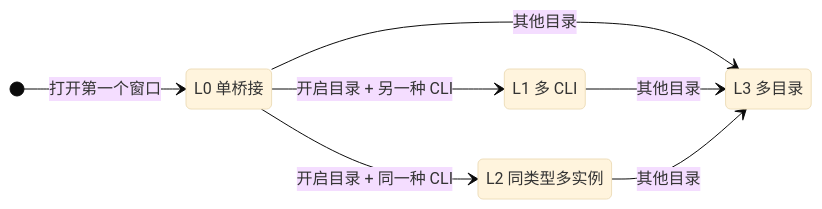
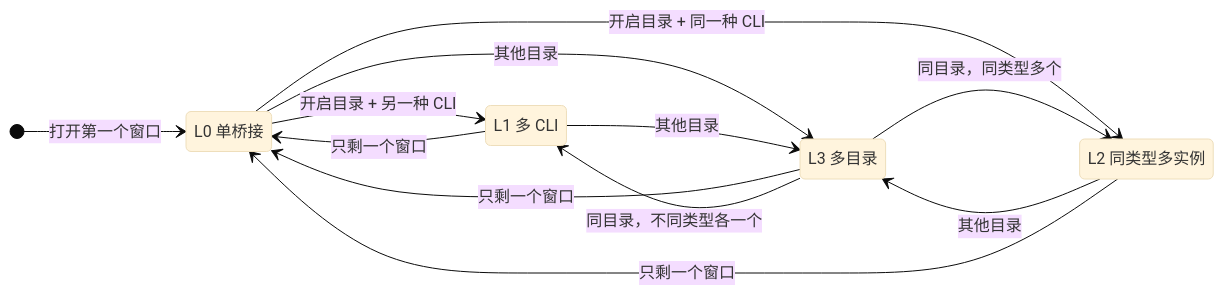
Before and after one commit to UNLINEARITY/CLI-WeChat-Bridge: the first of 5 diagrams in docs/bridge-modes.md, drawn with Mermaid (base theme). The commit also changed other lines of this file and 14 other files, not shown here.

````diff
--- a/docs/bridge-modes.md
+++ b/docs/bridge-modes.md
@@ -13,14 +13,19 @@
 ```mermaid
 stateDiagram-v2
     direction LR
     state "L0 单桥接" as L0
     state "L1 多 CLI" as L1
     state "L2 同类型多实例" as L2
     state "L3 多目录" as L3
     [*] --> L0: 打开第一个窗口
     L0 --> L1: 开启目录 + 另一种 CLI
     L0 --> L2: 开启目录 + 同一种 CLI
     L0 --> L3: 其他目录
     L1 --> L3: 其他目录
     L2 --> L3: 其他目录
+    L1 --> L0: 只剩一个窗口
+    L2 --> L0: 只剩一个窗口
+    L3 --> L0: 只剩一个窗口
+    L3 --> L1: 同目录，不同类型各一个
+    L3 --> L2: 同目录，同类型多个
 ```
````
